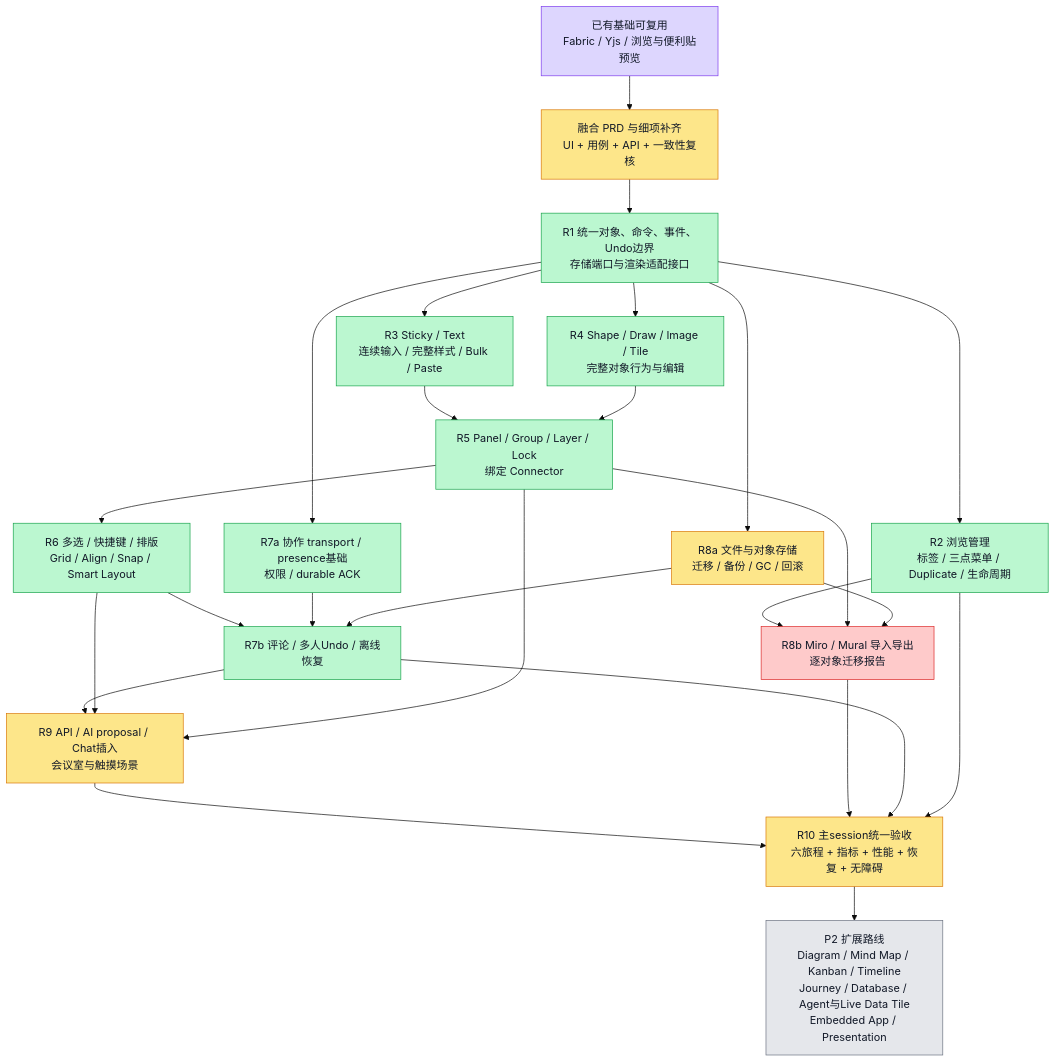
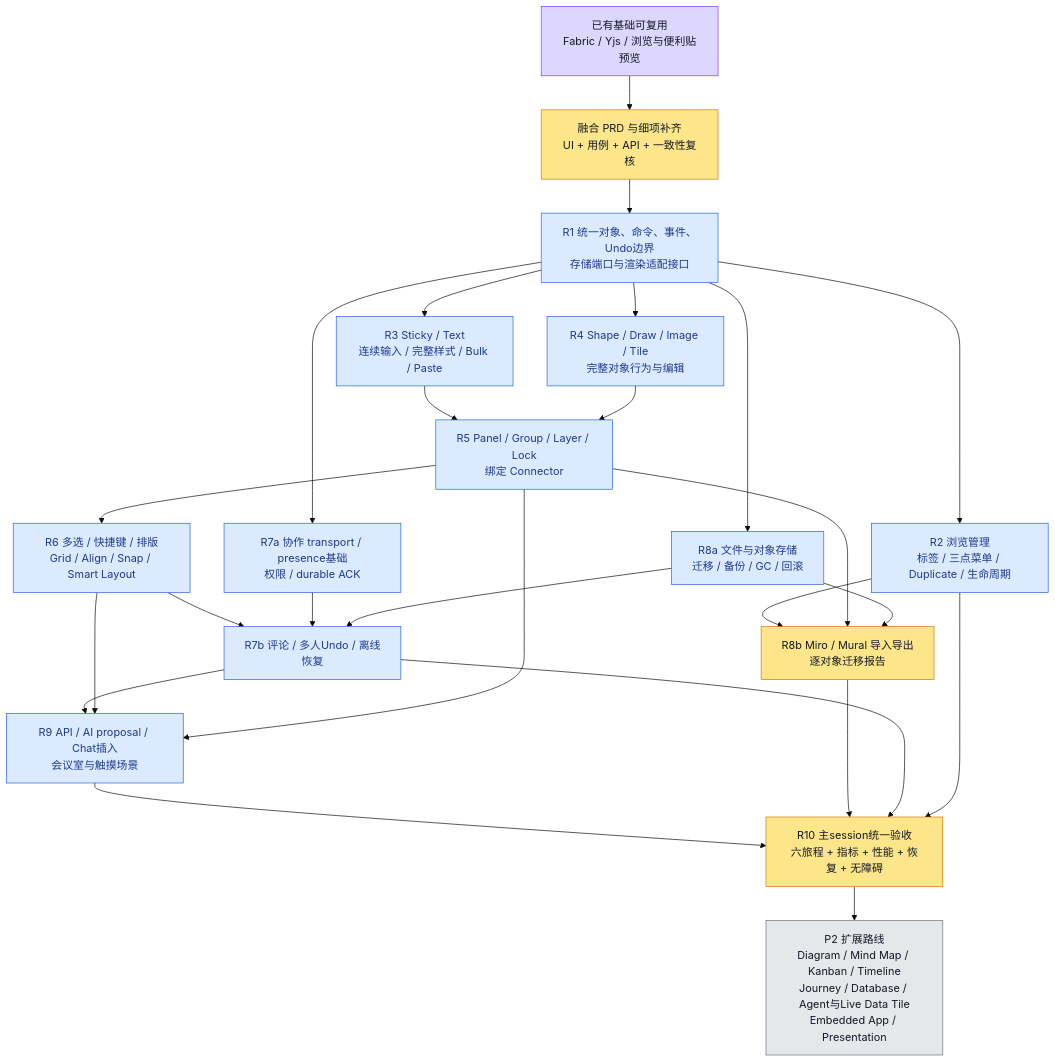
One commit to boardx/workspacex changed the second of 3 diagrams in phases/phase-19-board-visual-workspace/design-deltas/2026-09-26-unified-board-plan.md. Above: the diagram before and after it, drawn with Mermaid (base theme). The commit also changed other lines of this file, not shown here.

Commit message:
docs(board): reflect merged R8-R10 candidate on main

````diff
--- a/phases/phase-19-board-visual-workspace/design-deltas/2026-09-26-unified-board-plan.md
+++ b/phases/phase-19-board-visual-workspace/design-deltas/2026-09-26-unified-board-plan.md
@@ -88,51 +90,51 @@
 ```mermaid
 flowchart TD
   E["已有基础可复用<br/>Fabric / Yjs / 浏览与便利贴预览"]
   U["融合 PRD 与细项补齐<br/>UI + 用例 + API + 一致性复核"]
   E --> U
   U --> K["R1 统一对象、命令、事件、Undo边界<br/>存储端口与渲染适配接口"]
   K --> L["R2 浏览管理<br/>标签 / 三点菜单 / Duplicate / 生命周期"]
   K --> S["R3 Sticky / Text<br/>连续输入 / 完整样式 / Bulk / Paste"]
   K --> O["R4 Shape / Draw / Image / Tile<br/>完整对象行为与编辑"]
   K --> C["R7a 协作 transport / presence基础<br/>权限 / durable ACK"]
   K --> B["R8a 文件与对象存储<br/>迁移 / 备份 / GC / 回滚"]
   S --> P["R5 Panel / Group / Layer / Lock<br/>绑定 Connector"]
   O --> P
   P --> X["R6 多选 / 快捷键 / 排版<br/>Grid / Align / Snap / Smart Layout"]
   X --> H["R7b 评论 / 多人Undo / 离线恢复"]
   C --> H
   B --> H
   L --> M["R8b Miro / Mural 导入导出<br/>逐对象迁移报告"]
   P --> M
   B --> M
   H --> A["R9 API / AI proposal / Chat插入<br/>会议室与触摸场景"]
   X --> A
   P --> A
   A --> Q["R10 主session统一验收<br/>六旅程 + 指标 + 性能 + 恢复 + 无障碍"]
   M --> Q
   H --> Q
   L --> Q
   Q --> F["P2 扩展路线<br/>Diagram / Mind Map / Kanban / Timeline<br/>Journey / Database / Agent与Live Data Tile<br/>Embedded App / Presentation"]
 
   classDef todo fill:#e5e7eb,stroke:#6b7280,color:#111827
   classDef doing fill:#fde68a,stroke:#d97706,color:#111827
-  classDef done fill:#bbf7d0,stroke:#16a34a,color:#111827
+  classDef done fill:#dbeafe,stroke:#2563eb,color:#1e3a8a
   classDef tested fill:#ddd6fe,stroke:#7c3aed,color:#111827
   classDef blocked fill:#fecaca,stroke:#dc2626,color:#111827
 
   class E tested
   class U doing
   class K done
   class L done
   class S done
   class O done
   class C done
-  class B doing
+  class B done
   class P done
   class X done
   class H done
-  class M blocked
-  class A doing
+  class M doing
+  class A done
   class Q doing
   class F todo
 ```
````
